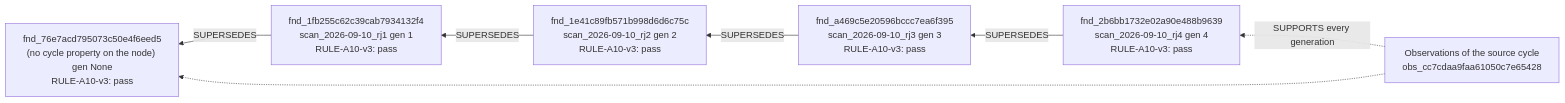
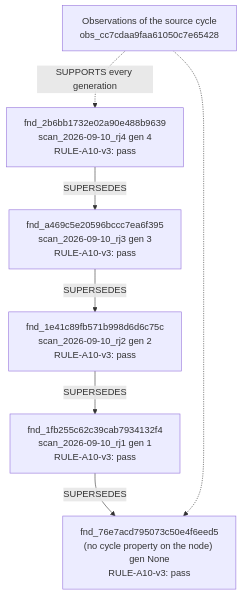
One commit to brockwebb/ai-readiness-kg changed the fourth of 4 diagrams in docs/brief/E_architecture.md. Above: the diagram before and after it, drawn with Mermaid. The commit also changed other lines of this file and 1 other file, not shown here.

Commit message:
pack: diagrams (c) and (d) drawn top to bottom (task 2026-09-23_brief_deck_packaging, decision 3)
Left to right they rendered at about 10:1 and 15:1 and read small on a 16:9
slide. Only the flowchart direction changes; E_architecture.md regenerated by
the generator, pack --check 61 files 0 drifted, check_protected_brief_pack.sh OK.

````diff
--- a/docs/brief/E_architecture.md
+++ b/docs/brief/E_architecture.md
@@ -117,15 +117,15 @@
 ```mermaid
-flowchart RL
+flowchart TB
   g0["fnd_2b6bb1732e02a90e488b9639<br/>scan_2026-09-10_rj4 gen 4<br/>RULE-A10-v3: pass"]
   g1["fnd_a469c5e20596bccc7ea6f395<br/>scan_2026-09-10_rj3 gen 3<br/>RULE-A10-v3: pass"]
   g0 -- SUPERSEDES --> g1
   g2["fnd_1e41c89fb571b998d6d6c75c<br/>scan_2026-09-10_rj2 gen 2<br/>RULE-A10-v3: pass"]
   g1 -- SUPERSEDES --> g2
   g3["fnd_1fb255c62c39cab7934132f4<br/>scan_2026-09-10_rj1 gen 1<br/>RULE-A10-v3: pass"]
   g2 -- SUPERSEDES --> g3
   g4["fnd_76e7acd795073c50e4f6eed5<br/>(no cycle property on the node) gen None<br/>RULE-A10-v3: pass"]
   g3 -- SUPERSEDES --> g4
   obs["Observations of the source cycle<br/>obs_cc7cdaa9faa61050c7e65428"]
   obs -. SUPPORTS every generation .-> g0
   obs -.-> g4
 ```
````
